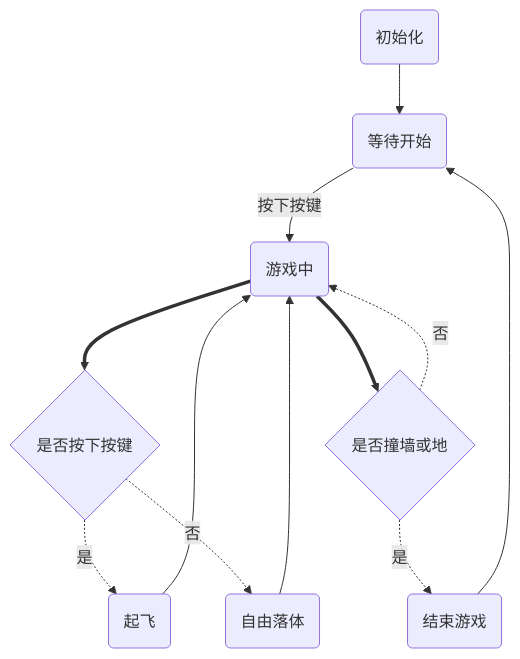
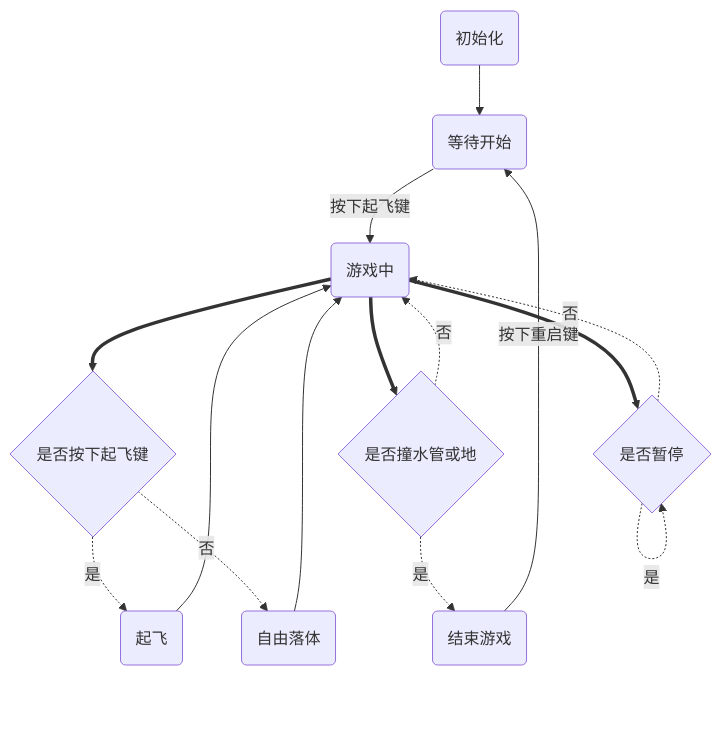
Before and after one commit to FUTURETECH6/FlappyBird: the third of 6 diagrams in _MYDOC/Report.md, drawn with Mermaid. The commit also changed other lines of this file and 353 other files, not shown here.

````diff
--- a/_MYDOC/Report.md
+++ b/_MYDOC/Report.md
@@ -70,12 +130,15 @@
 ```mermaid
 graph TB
 
 初始化(初始化) --> 等待(等待开始)
-等待 --按下按键--> 游戏中(游戏中)
-游戏中 ==> 是否按下按键{是否按下按键}
-游戏中 ==> 是否撞墙或地{是否撞墙或地}
+等待 --按下起飞键--> 游戏中(游戏中)
+游戏中 ==> 是否按下按键{是否按下起飞键}
+游戏中 ==> 是否撞墙或地{是否撞水管或地}
+游戏中 ==>是否暂停{是否暂停}
+是否暂停 -.是.->是否暂停
+是否暂停 -.否.->游戏中
 是否按下按键 -.是.-> 起飞(起飞) --> 游戏中
 是否按下按键 -.否.-> 自由落体(自由落体) --> 游戏中
-是否撞墙或地 -.是.-> 结束游戏(结束游戏) --> 等待
+是否撞墙或地 -.是.-> 结束游戏(结束游戏) --按下重启键--> 等待
 是否撞墙或地 -.否.-> 游戏中
 ```
````
